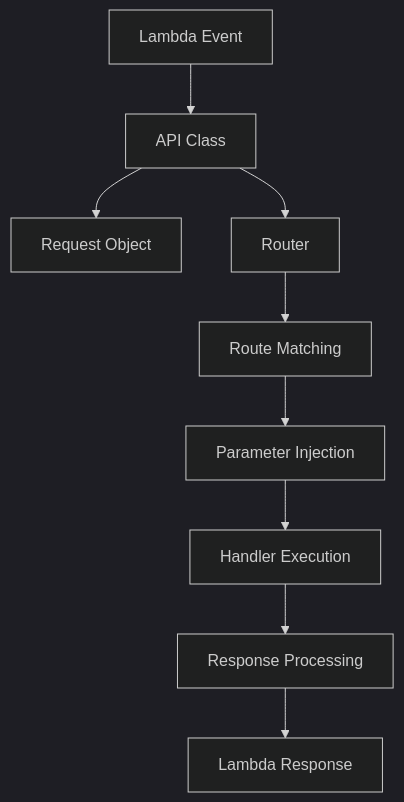
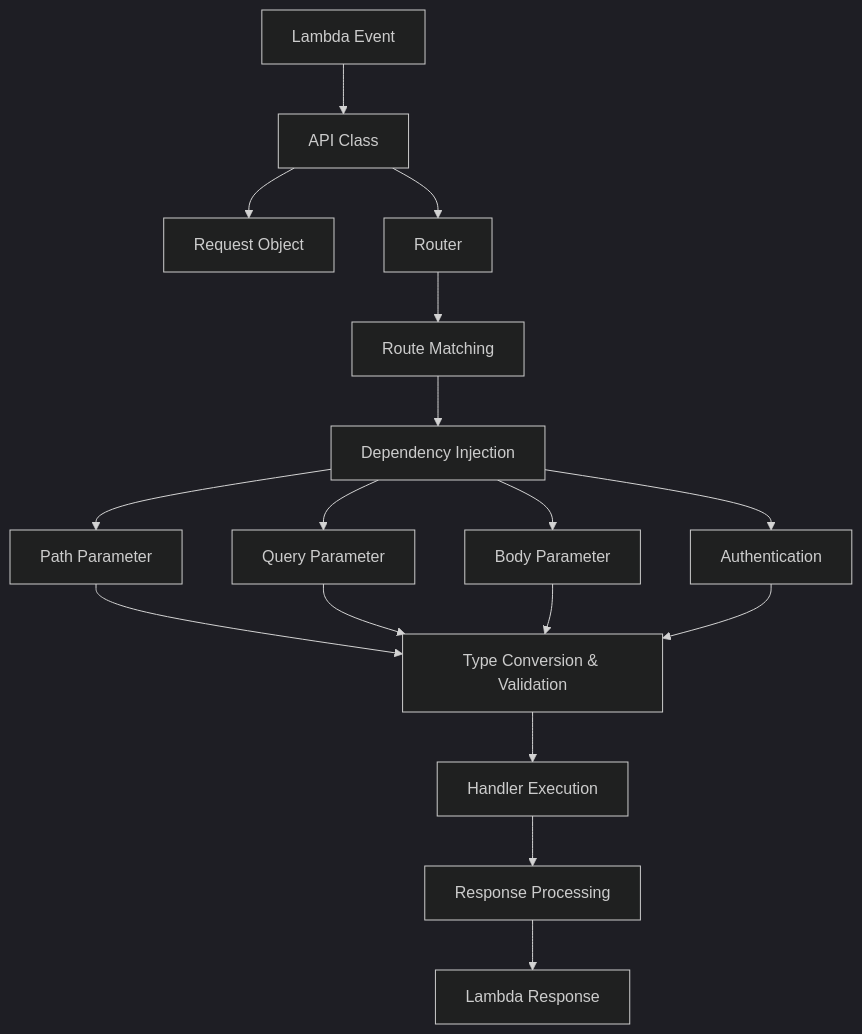
One commit to sskyh0208/lambapi changed the first of 2 diagrams in docs/getting-started/concepts.md. Above: the diagram before and after it, drawn with Mermaid (dark theme). The commit also changed other lines of this file and 11 other files, not shown here.

````diff
--- a/docs/getting-started/concepts.md
+++ b/docs/getting-started/concepts.md
@@ -49,11 +49,19 @@
 ```mermaid
 graph TD
     A[Lambda Event] --> B[API Class]
     B --> C[Request Object]
     B --> D[Router]
     D --> E[Route Matching]
-    E --> F[Parameter Injection]
-    F --> G[Handler Execution]
-    G --> H[Response Processing]
-    H --> I[Lambda Response]
+    E --> F[Dependency Injection]
+    F --> F1[Path Parameter]
+    F --> F2[Query Parameter]
+    F --> F3[Body Parameter]
+    F --> F4[Authentication]
+    F1 --> G[Type Conversion & Validation]
+    F2 --> G
+    F3 --> G
+    F4 --> G
+    G --> H[Handler Execution]
+    H --> I[Response Processing]
+    I --> J[Lambda Response]
 ```
````
